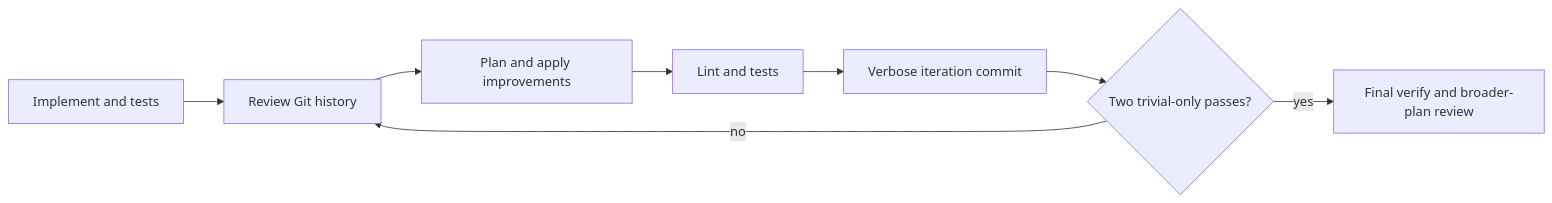
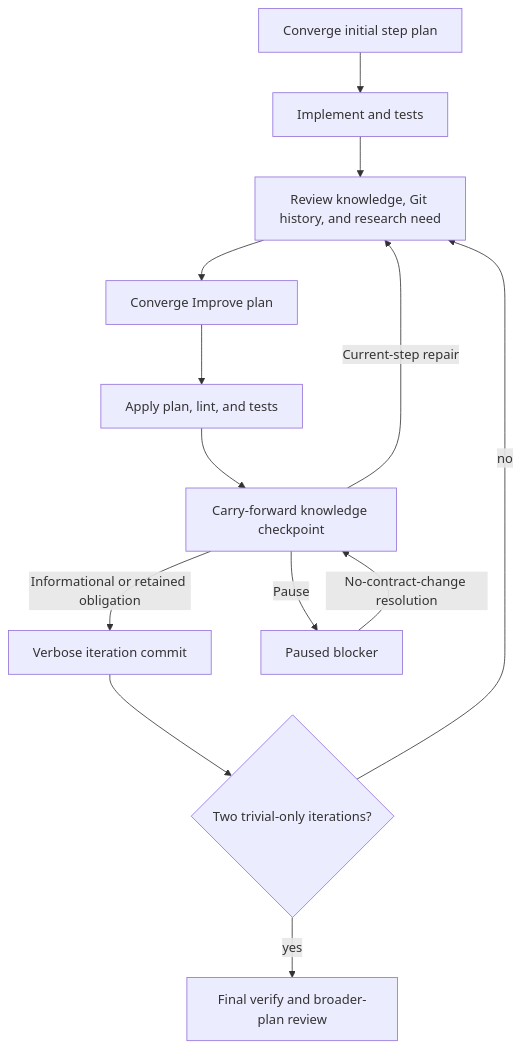
One commit to whichguy/skill-craft changed the diagram in skills/shiploop/references/action-protocol.md. Above: the diagram before and after it, drawn with Mermaid. The commit also changed other lines of this file and 78 other files, not shown here.

````diff
--- a/skills/shiploop/references/action-protocol.md
+++ b/skills/shiploop/references/action-protocol.md
@@ -227,10 +448,15 @@
 ```mermaid
-flowchart LR
-  A[Implement and tests] --> B[Review Git history]
-  B --> C[Plan and apply improvements]
-  C --> D[Lint and tests]
-  D --> E[Verbose iteration commit]
-  E --> F{Two trivial-only passes?}
-  F -- no --> B
-  F -- yes --> G[Final verify and broader-plan review]
+flowchart TD
+  A[Converge initial step plan] --> B[Implement and tests]
+  B --> C[Review knowledge, Git history, and research need]
+  C --> D[Converge Improve plan]
+  D --> E[Apply plan, lint, and tests]
+  E --> F[Carry-forward knowledge checkpoint]
+  F -->|Informational or retained obligation| G[Verbose iteration commit]
+  F -->|Current-step repair| C
+  F -->|Pause| P[Paused blocker]
+  P -->|No-contract-change resolution| F
+  G --> H{Two trivial-only iterations?}
+  H -- no --> C
+  H -- yes --> I[Final verify and broader-plan review]
 ```
````
